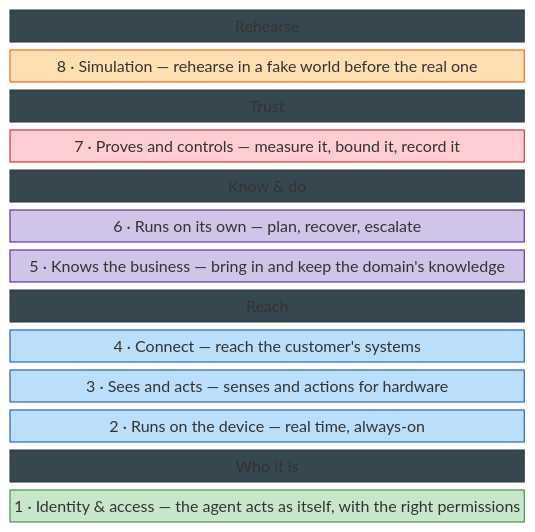
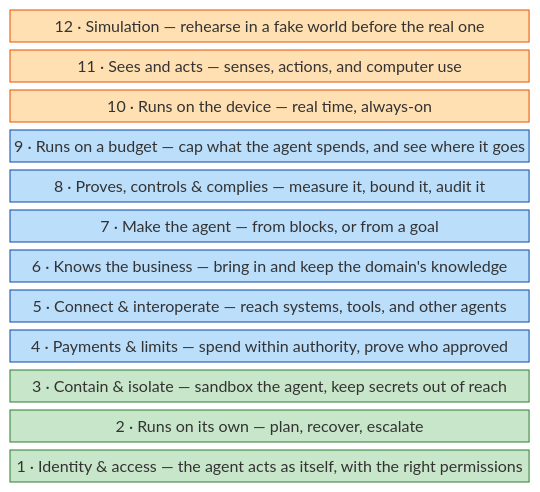
Before and after one commit to michaelatamuk/agentic-desk: the fourth of 5 diagrams in docs-michael/agentic-stack-vertical.md, drawn with Mermaid (forest theme). The commit also changed other lines of this file, not shown here.

````diff
--- a/docs-michael/agentic-stack-vertical.md
+++ b/docs-michael/agentic-stack-vertical.md
@@ -80,30 +80,28 @@
 ```mermaid
 block-beta
   columns 1
-  G8["Rehearse"]:1
-  L8["8 · Simulation — rehearse in a fake world before the real one"]:1
-  G7["Trust"]:1
-  L7["7 · Proves and controls — measure it, bound it, record it"]:1
-  G6["Know & do"]:1
-  L6["6 · Runs on its own — plan, recover, escalate"]:1
-  L5["5 · Knows the business — bring in and keep the domain's knowledge"]:1
-  G5["Reach"]:1
-  L4["4 · Connect — reach the customer's systems"]:1
-  L3["3 · Sees and acts — senses and actions for hardware"]:1
-  L2["2 · Runs on the device — real time, always-on"]:1
-  G4["Who it is"]:1
+  L12["12 · Simulation — rehearse in a fake world before the real one"]:1
+  L11["11 · Sees and acts — senses, actions, and computer use"]:1
+  L10["10 · Runs on the device — real time, always-on"]:1
+  L9["9 · Runs on a budget — cap what the agent spends, and see where it goes"]:1
+  L8["8 · Proves, controls & complies — measure it, bound it, audit it"]:1
+  L7["7 · Make the agent — from blocks, or from a goal"]:1
+  L6["6 · Knows the business — bring in and keep the domain's knowledge"]:1
+  L5["5 · Connect & interoperate — reach systems, tools, and other agents"]:1
+  L4["4 · Payments & limits — spend within authority, prove who approved"]:1
+  L3["3 · Contain & isolate — sandbox the agent, keep secrets out of reach"]:1
+  L2["2 · Runs on its own — plan, recover, escalate"]:1
   L1["1 · Identity & access — the agent acts as itself, with the right permissions"]:1
-  style G4 fill:#37474f,color:#ffffff,stroke:#263238
-  style G5 fill:#37474f,color:#ffffff,stroke:#263238
-  style G6 fill:#37474f,color:#ffffff,stroke:#263238
-  style G7 fill:#37474f,color:#ffffff,stroke:#263238
-  style G8 fill:#37474f,color:#ffffff,stroke:#263238
   style L1 fill:#c8e6c9,stroke:#2e7d32,color:#000000
-  style L2 fill:#bbdefb,stroke:#0d47a1,color:#000000
-  style L3 fill:#bbdefb,stroke:#0d47a1,color:#000000
+  style L2 fill:#c8e6c9,stroke:#2e7d32,color:#000000
+  style L3 fill:#c8e6c9,stroke:#2e7d32,color:#000000
   style L4 fill:#bbdefb,stroke:#0d47a1,color:#000000
-  style L5 fill:#d1c4e9,stroke:#4a148c,color:#000000
-  style L6 fill:#d1c4e9,stroke:#4a148c,color:#000000
-  style L7 fill:#ffcdd2,stroke:#b71c1c,color:#000000
-  style L8 fill:#ffe0b2,stroke:#e65100,color:#000000
+  style L5 fill:#bbdefb,stroke:#0d47a1,color:#000000
+  style L6 fill:#bbdefb,stroke:#0d47a1,color:#000000
+  style L7 fill:#bbdefb,stroke:#0d47a1,color:#000000
+  style L8 fill:#bbdefb,stroke:#0d47a1,color:#000000
+  style L9 fill:#bbdefb,stroke:#0d47a1,color:#000000
+  style L10 fill:#ffe0b2,stroke:#e65100,color:#000000
+  style L11 fill:#ffe0b2,stroke:#e65100,color:#000000
+  style L12 fill:#ffe0b2,stroke:#e65100,color:#000000
 ```
````
